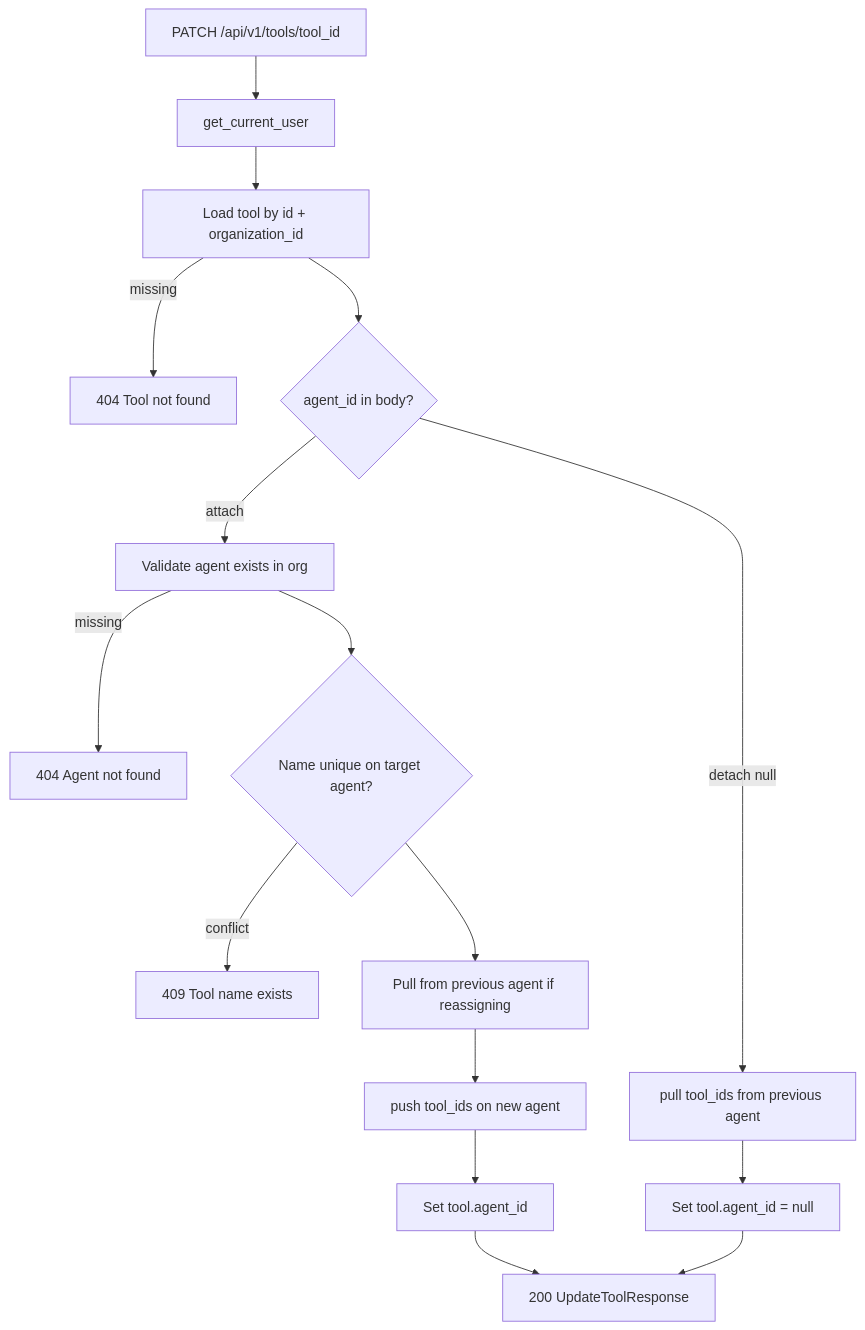
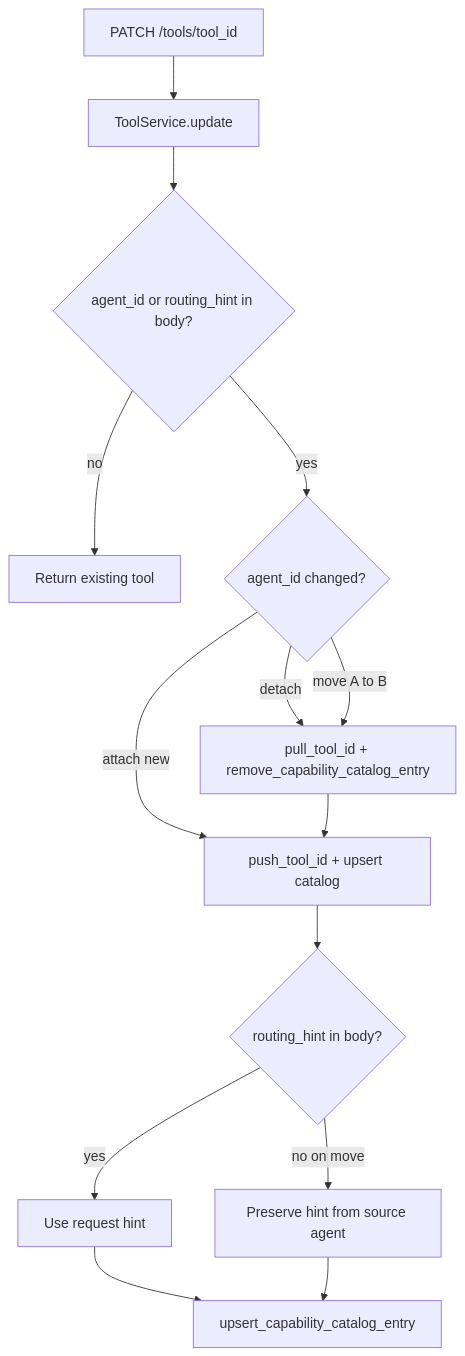
Before and after one commit to shehan-jayasinghe/bot-builder: the diagram in backend/document/tools/08-update-tool-agent-diagrams.md, drawn with Mermaid. The commit also changed other lines of this file and 37 other files, not shown here.

````diff
--- a/backend/document/tools/08-update-tool-agent-diagrams.md
+++ b/backend/document/tools/08-update-tool-agent-diagrams.md
@@ -20,22 +33,18 @@
 ```mermaid
 flowchart TB
-    REQ[PATCH /api/v1/tools/tool_id]
-    REQ --> AUTH[get_current_user]
-    AUTH --> LOAD[Load tool by id + organization_id]
-    LOAD -->|missing| E404[404 Tool not found]
-    LOAD --> BODY{agent_id in body?}
+    PATCH[PATCH /tools/tool_id]
+    PATCH --> LOAD[ToolService.update]
+    LOAD --> CHANGED{agent_id or routing_hint in body?}
+    CHANGED -->|no| RETURN[Return existing tool]
+    CHANGED -->|yes| MOVE{agent_id changed?}
 
-    BODY -->|attach| A1[Validate agent exists in org]
-    A1 -->|missing| E404A[404 Agent not found]
-    A1 --> NAME{Name unique on target agent?}
-    NAME -->|conflict| E409[409 Tool name exists]
-    NAME --> SYNC1[Pull from previous agent if reassigning]
-    SYNC1 --> PUSH[push tool_ids on new agent]
-    PUSH --> SAVE[Set tool.agent_id]
+    MOVE -->|detach| PULL[pull_tool_id + remove_capability_catalog_entry]
+    MOVE -->|attach new| PUSH[push_tool_id + upsert catalog]
+    MOVE -->|move A to B| PULL --> PUSH
 
-    BODY -->|detach null| PULL[pull tool_ids from previous agent]
-    PULL --> CLEAR[Set tool.agent_id = null]
-
-    SAVE --> RES[200 UpdateToolResponse]
-    CLEAR --> RES
+    PUSH --> HINT{routing_hint in body?}
+    HINT -->|yes| SET[Use request hint]
+    HINT -->|no on move| KEEP[Preserve hint from source agent]
+    SET --> UPSERT[upsert_capability_catalog_entry]
+    KEEP --> UPSERT
 ```
````
